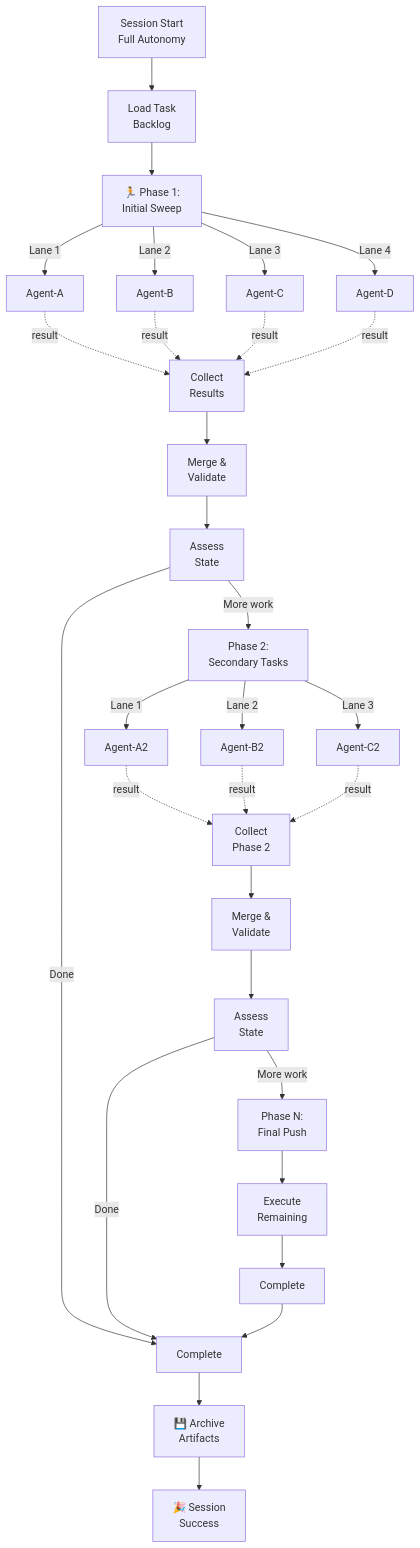
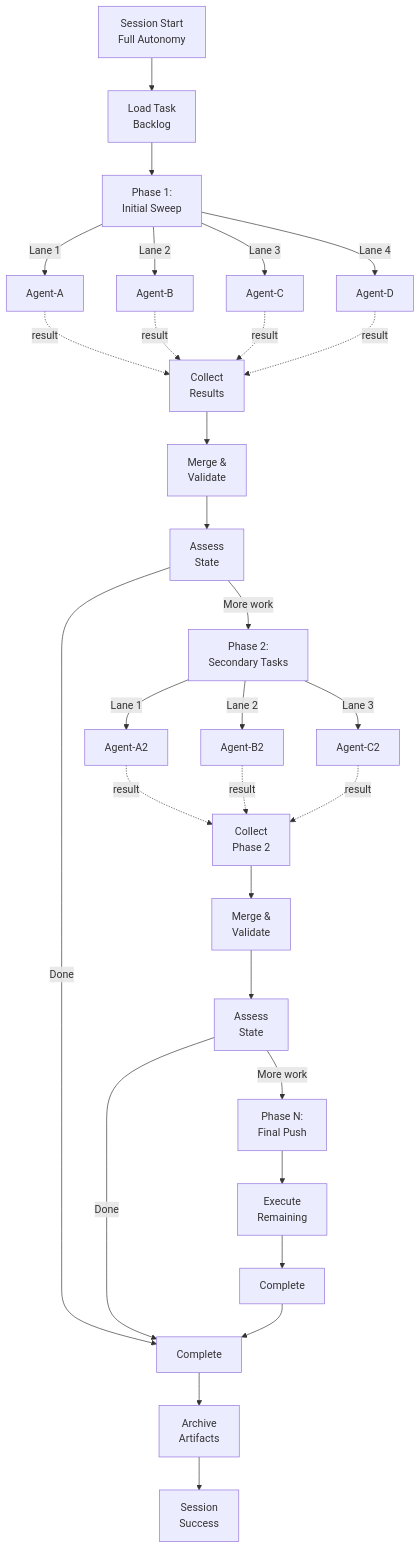
The tenth of 10 diagrams in docs/agent/CUSTOM_AGENT_COORDINATION_WORKFLOWS.md (Aries-Serpent/_codex_), drawn with Mermaid before and after one commit. The commit also changed other lines of this file and 4117 other files, not shown here.

````diff
--- a/docs/agent/CUSTOM_AGENT_COORDINATION_WORKFLOWS.md
+++ b/docs/agent/CUSTOM_AGENT_COORDINATION_WORKFLOWS.md
@@ -446,44 +573,56 @@
 ```mermaid
 graph TB
-    A[" Session Start<br/>Full Autonomy"] --> B[" Load Task<br/>Backlog"]
 
-    B --> C["🏃 Phase 1:<br/>Initial Sweep"]
+ A[" Session Start<br/>Full Autonomy"] --> B[" Load Task<br/>Backlog"]
 
-    C -->|Lane 1| C1["Agent-A"]
-    C -->|Lane 2| C2["Agent-B"]
-    C -->|Lane 3| C3["Agent-C"]
-    C -->|Lane 4| C4["Agent-D"]
+ B --> C[" Phase 1:<br/>Initial Sweep"]
 
-    C1 -.->|result| X[" Collect<br/>Results"]
-    C2 -.->|result| X
-    C3 -.->|result| X
-    C4 -.->|result| X
+ C -->|Lane 1| C1["Agent-A"]
 
-    X --> Y[" Merge &<br/>Validate"]
+ C -->|Lane 2| C2["Agent-B"]
 
-    Y --> Z[" Assess<br/>State"]
+ C -->|Lane 3| C3["Agent-C"]
 
-    Z -->|More work| AA[" Phase 2:<br/>Secondary Tasks"]
-    Z -->|Done| AB[" Complete"]
+ C -->|Lane 4| C4["Agent-D"]
 
-    AA -->|Lane 1| AA1["Agent-A2"]
-    AA -->|Lane 2| AA2["Agent-B2"]
-    AA -->|Lane 3| AA3["Agent-C2"]
+ C1 -.->|result| X[" Collect<br/>Results"]
+ C2 -.->|result| X
+ C3 -.->|result| X
+ C4 -.->|result| X
 
-    AA1 -.->|result| AY[" Collect<br/>Phase 2"]
-    AA2 -.->|result| AY
-    AA3 -.->|result| AY
+ X --> Y[" Merge &<br/>Validate"]
 
-    AY --> AZ[" Merge &<br/>Validate"]
-    AZ --> BAA[" Assess<br/>State"]
+ Y --> Z[" Assess<br/>State"]
 
-    BAA -->|More work| BB[" Phase N:<br/>Final Push"]
-    BAA -->|Done| AB
+ Z -->|More work| AA[" Phase 2:<br/>Secondary Tasks"]
 
-    BB --> BC[" Execute<br/>Remaining"]
-    BC --> BD[" Complete"]
-    BD --> AB
+ Z -->|Done| AB[" Complete"]
 
-    AB --> AC["💾 Archive<br/>Artifacts"]
-    AC --> AD["🎉 Session<br/>Success"]
+ AA -->|Lane 1| AA1["Agent-A2"]
+
+ AA -->|Lane 2| AA2["Agent-B2"]
+
+ AA -->|Lane 3| AA3["Agent-C2"]
+
+ AA1 -.->|result| AY[" Collect<br/>Phase 2"]
+ AA2 -.->|result| AY
+ AA3 -.->|result| AY
+
+ AY --> AZ[" Merge &<br/>Validate"]
+
+ AZ --> BAA[" Assess<br/>State"]
+
+ BAA -->|More work| BB[" Phase N:<br/>Final Push"]
+
+ BAA -->|Done| AB
+
+ BB --> BC[" Execute<br/>Remaining"]
+
+ BC --> BD[" Complete"]
+
+ BD --> AB
+
+ AB --> AC[" Archive<br/>Artifacts"]
+
+ AC --> AD[" Session<br/>Success"]
 ```
````
